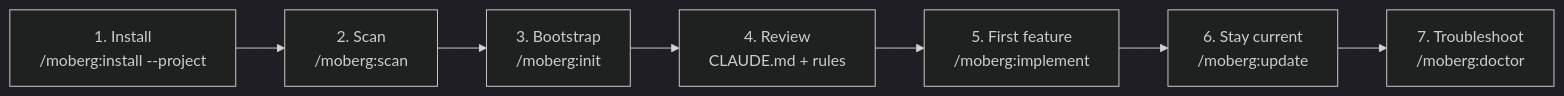
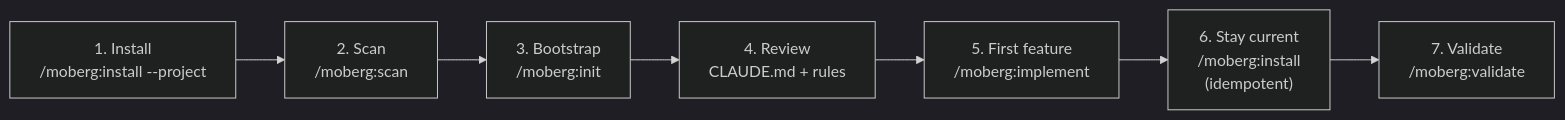
One commit to moberghr/mtk-agent-toolkit changed the seventh of 8 diagrams in README.md. Above: the diagram before and after it, drawn with Mermaid (dark theme). The commit also changed other lines of this file and 13 other files, not shown here.

````diff
--- a/README.md
+++ b/README.md
@@ -461,9 +456,9 @@
 ```mermaid
 graph LR
     A["1. Install<br/>/moberg:install --project"] --> B["2. Scan<br/>/moberg:scan"]
     B --> C["3. Bootstrap<br/>/moberg:init"]
     C --> D["4. Review<br/>CLAUDE.md + rules"]
     D --> E["5. First feature<br/>/moberg:implement"]
-    E --> F["6. Stay current<br/>/moberg:update"]
-    F --> G["7. Troubleshoot<br/>/moberg:doctor"]
+    E --> F["6. Stay current<br/>/moberg:install<br/>(idempotent)"]
+    F --> G["7. Validate<br/>/moberg:validate"]
 ```
````
